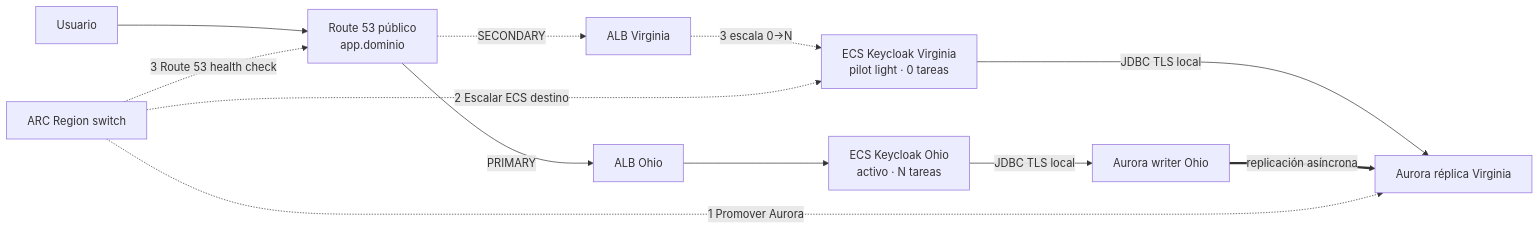
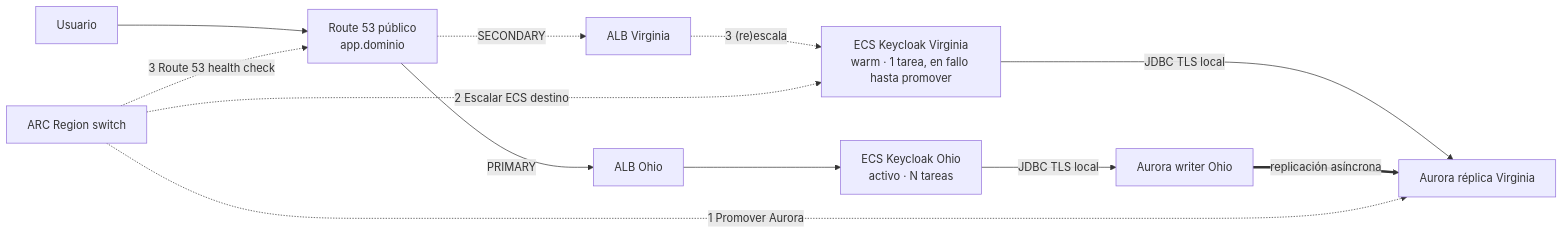
One commit to gocloudLa/lab-aws-dr-architecture changed the diagram in docs/architecture.md. Above: the diagram before and after it, drawn with Mermaid. The commit also changed other lines of this file and 14 other files, not shown here.

Commit message:
feat: adopt warm standby for regional ECS services

````diff
--- a/docs/architecture.md
+++ b/docs/architecture.md
@@ -5,14 +5,14 @@
 ```mermaid
 flowchart LR
   U[Usuario] --> D["Route 53 público<br/>app.dominio"]
   D -->|PRIMARY| A2[ALB Ohio]
   D -. SECONDARY .-> A1[ALB Virginia]
   A2 --> E2["ECS Keycloak Ohio<br/>activo · N tareas"]
-  A1 -. "3 escala 0→N" .-> E1["ECS Keycloak Virginia<br/>pilot light · 0 tareas"]
+  A1 -. "3 (re)escala" .-> E1["ECS Keycloak Virginia<br/>warm · 1 tarea, en fallo hasta promover"]
   E2 -->|JDBC TLS local| W[Aurora writer Ohio]
   E1 -->|JDBC TLS local| R[Aurora réplica Virginia]
   W == replicación asíncrona ==> R
   ARC[ARC Region switch] -. "1 Promover Aurora" .-> R
   ARC -. "2 Escalar ECS destino" .-> E1
   ARC -. "3 Route 53 health check" .-> D
 ```
````
